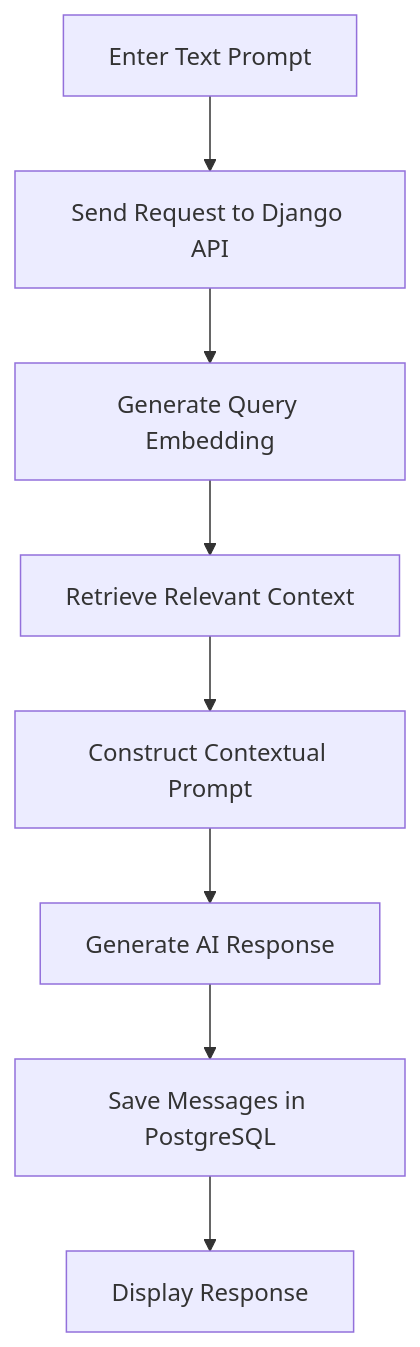
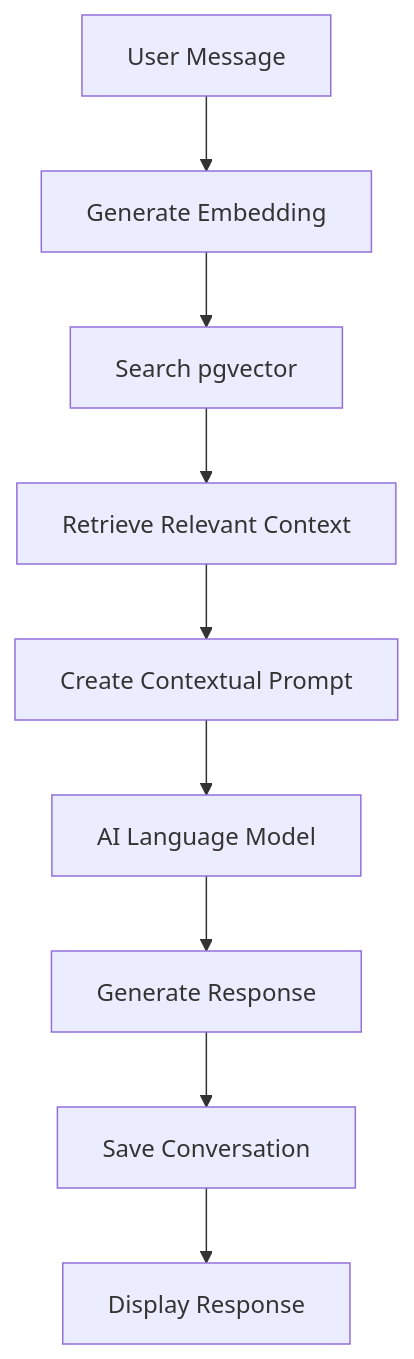
The second of 2 diagrams in README.md (shreyashhtiwarii/Adawat), drawn with Mermaid before and after one commit. The commit also changed other lines of this file, not shown here.

````diff
--- a/README.md
+++ b/README.md
@@ -136,10 +94,11 @@
 ```mermaid
 flowchart TD
-    A["Enter Text Prompt"] --> B["Send Request to Django API"]
-    B --> C["Generate Query Embedding"]
-    C --> D["Retrieve Relevant Context"]
-    D --> E["Construct Contextual Prompt"]
-    E --> F["Generate AI Response"]
-    F --> G["Save Messages in PostgreSQL"]
-    G --> H["Display Response"]
+    A[User Message] --> B[Generate Embedding]
+    B --> C[Search pgvector]
+    C --> D[Retrieve Relevant Context]
+    D --> E[Create Contextual Prompt]
+    E --> F[AI Language Model]
+    F --> G[Generate Response]
+    G --> H[Save Conversation]
+    H --> I[Display Response]
 ```
````
